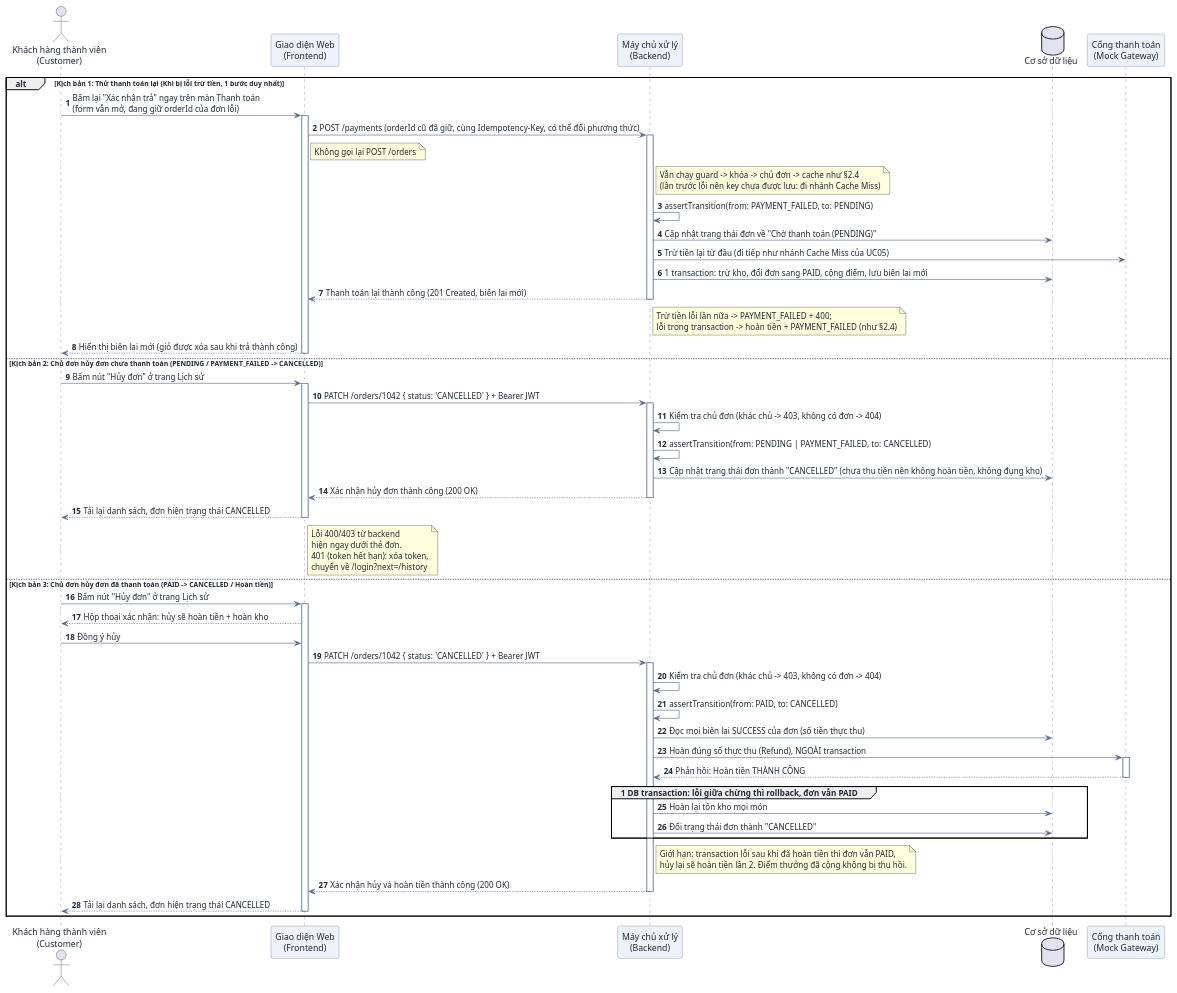
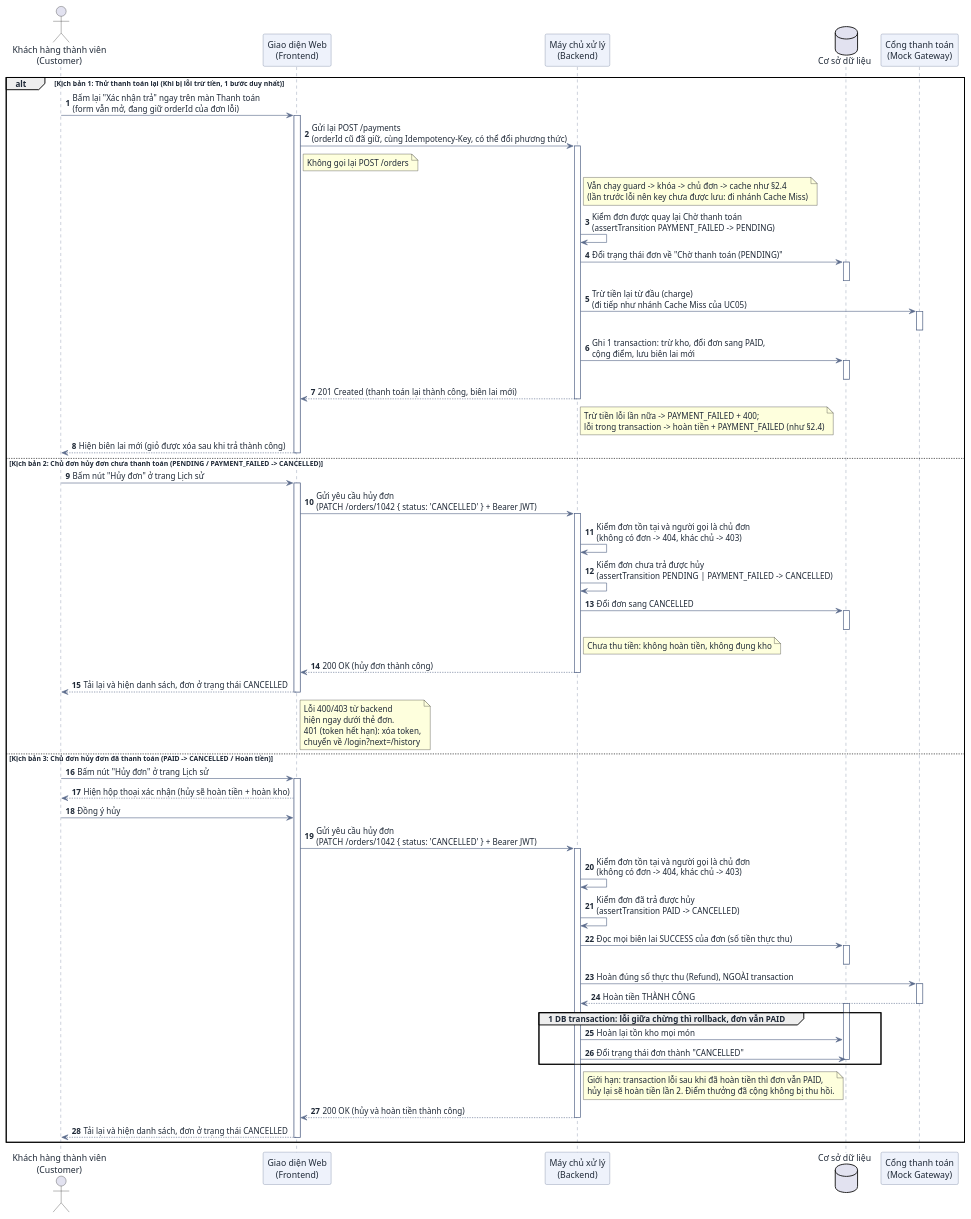
Before and after one commit to DuVinhLoi/BrewLite: the fifth of 10 diagrams in docs/user-sequence-specifications.md, drawn with PlantUML. The commit also changed other lines of this file, not shown here.

Commit message:
docs: clarify UC06-UC07 sequence messages and activation

```diff
--- a/docs/user-sequence-specifications.md
+++ b/docs/user-sequence-specifications.md
@@ -600,56 +600,69 @@
 alt Kịch bản 1: Thử thanh toán lại (Khi bị lỗi trừ tiền, 1 bước duy nhất)
     User -> FE : Bấm lại "Xác nhận trả" ngay trên màn Thanh toán\n(form vẫn mở, đang giữ orderId của đơn lỗi)
     activate FE
-    FE -> BE : POST /payments (orderId cũ đã giữ, cùng Idempotency-Key, có thể đổi phương thức)
+    FE -> BE : Gửi lại POST /payments\n(orderId cũ đã giữ, cùng Idempotency-Key, có thể đổi phương thức)
     note right of FE : Không gọi lại POST /orders
     activate BE
     note right of BE : Vẫn chạy guard -> khóa -> chủ đơn -> cache như §2.4\n(lần trước lỗi nên key chưa được lưu: đi nhánh Cache Miss)
-    BE -> BE : assertTransition(from: PAYMENT_FAILED, to: PENDING)
-    BE -> DB : Cập nhật trạng thái đơn về "Chờ thanh toán (PENDING)"
-    BE -> Gateway : Trừ tiền lại từ đầu (đi tiếp như nhánh Cache Miss của UC05)
-    BE -> DB : 1 transaction: trừ kho, đổi đơn sang PAID, cộng điểm, lưu biên lai mới
-    BE --> FE : Thanh toán lại thành công (201 Created, biên lai mới)
+    BE -> BE : Kiểm đơn được quay lại Chờ thanh toán\n(assertTransition PAYMENT_FAILED -> PENDING)
+    BE -> DB : Đổi trạng thái đơn về "Chờ thanh toán (PENDING)"
+    activate DB
+    deactivate DB
+    BE -> Gateway : Trừ tiền lại từ đầu (charge)\n(đi tiếp như nhánh Cache Miss của UC05)
+    activate Gateway
+    deactivate Gateway
+    BE -> DB : Ghi 1 transaction: trừ kho, đổi đơn sang PAID,\ncộng điểm, lưu biên lai mới
+    activate DB
+    deactivate DB
+    BE --> FE : 201 Created (thanh toán lại thành công, biên lai mới)
     note right of BE : Trừ tiền lỗi lần nữa -> PAYMENT_FAILED + 400;\nlỗi trong transaction -> hoàn tiền + PAYMENT_FAILED (như §2.4)
     deactivate BE
-    FE --> User : Hiển thị biên lai mới (giỏ được xóa sau khi trả thành công)
+    FE --> User : Hiện biên lai mới (giỏ được xóa sau khi trả thành công)
     deactivate FE
 
 else Kịch bản 2: Chủ đơn hủy đơn chưa thanh toán (PENDING / PAYMENT_FAILED -> CANCELLED)
     User -> FE : Bấm nút "Hủy đơn" ở trang Lịch sử
     activate FE
-    FE -> BE : PATCH /orders/1042 { status: 'CANCELLED' } + Bearer JWT
+    FE -> BE : Gửi yêu cầu hủy đơn\n(PATCH /orders/1042 { status: 'CANCELLED' } + Bearer JWT)
     activate BE
-    BE -> BE : Kiểm tra chủ đơn (khác chủ -> 403, không có đơn -> 404)
-    BE -> BE : assertTransition(from: PENDING | PAYMENT_FAILED, to: CANCELLED)
-    BE -> DB : Cập nhật trạng thái đơn thành "CANCELLED" (chưa thu tiền nên không hoàn tiền, không đụng kho)
-    BE --> FE : Xác nhận hủy đơn thành công (200 OK)
+    BE -> BE : Kiểm đơn tồn tại và người gọi là chủ đơn\n(không có đơn -> 404, khác chủ -> 403)
+    BE -> BE : Kiểm đơn chưa trả được hủy\n(assertTransition PENDING | PAYMENT_FAILED -> CANCELLED)
+    BE -> DB : Đổi đơn sang CANCELLED
+    activate DB
+    deactivate DB
+    note right of BE : Chưa thu tiền: không hoàn tiền, không đụng kho
+    BE --> FE : 200 OK (hủy đơn thành công)
     deactivate BE
-    FE --> User : Tải lại danh sách, đơn hiện trạng thái CANCELLED
+    FE --> User : Tải lại và hiện danh sách, đơn ở trạng thái CANCELLED
     note right of FE : Lỗi 400/403 từ backend\nhiện ngay dưới thẻ đơn.\n401 (token hết hạn): xóa token,\nchuyển về /login?next=/history
     deactivate FE
 
 else Kịch bản 3: Chủ đơn hủy đơn đã thanh toán (PAID -> CANCELLED / Hoàn tiền)
     User -> FE : Bấm nút "Hủy đơn" ở trang Lịch sử
     activate FE
-    FE --> User : Hộp thoại xác nhận: hủy sẽ hoàn tiền + hoàn kho
+    FE --> User : Hiện hộp thoại xác nhận (hủy sẽ hoàn tiền + hoàn kho)
     User -> FE : Đồng ý hủy
-    FE -> BE : PATCH /orders/1042 { status: 'CANCELLED' } + Bearer JWT
+    FE -> BE : Gửi yêu cầu hủy đơn\n(PATCH /orders/1042 { status: 'CANCELLED' } + Bearer JWT)
     activate BE
-    BE -> BE : Kiểm tra chủ đơn (khác chủ -> 403, không có đơn -> 404)
-    BE -> BE : assertTransition(from: PAID, to: CANCELLED)
+    BE -> BE : Kiểm đơn tồn tại và người gọi là chủ đơn\n(không có đơn -> 404, khác chủ -> 403)
+    BE -> BE : Kiểm đơn đã trả được hủy\n(assertTransition PAID -> CANCELLED)
     BE -> DB : Đọc mọi biên lai SUCCESS của đơn (số tiền thực thu)
+    activate DB
+    deactivate DB
     BE -> Gateway : Hoàn đúng số thực thu (Refund), NGOÀI transaction
     activate Gateway
-    Gateway --> BE : Phản hồi: Hoàn tiền THÀNH CÔNG
+    Gateway --> BE : Hoàn tiền THÀNH CÔNG
     deactivate Gateway
     group 1 DB transaction: lỗi giữa chừng thì rollback, đơn vẫn PAID
+        activate DB
         BE -> DB : Hoàn lại tồn kho mọi món
         BE -> DB : Đổi trạng thái đơn thành "CANCELLED"
+        deactivate DB
     end
     note right of BE : Giới hạn: transaction lỗi sau khi đã hoàn tiền thì đơn vẫn PAID,\nhủy lại sẽ hoàn tiền lần 2. Điểm thưởng đã cộng không bị thu hồi.
-    BE --> FE : Xác nhận hủy và hoàn tiền thành công (200 OK)
+    BE --> FE : 200 OK (hủy và hoàn tiền thành công)
     deactivate BE
-    FE --> User : Tải lại danh sách, đơn hiện trạng thái CANCELLED
+    FE --> User : Tải lại và hiện danh sách, đơn ở trạng thái CANCELLED
     deactivate FE
 end
 @enduml
```
